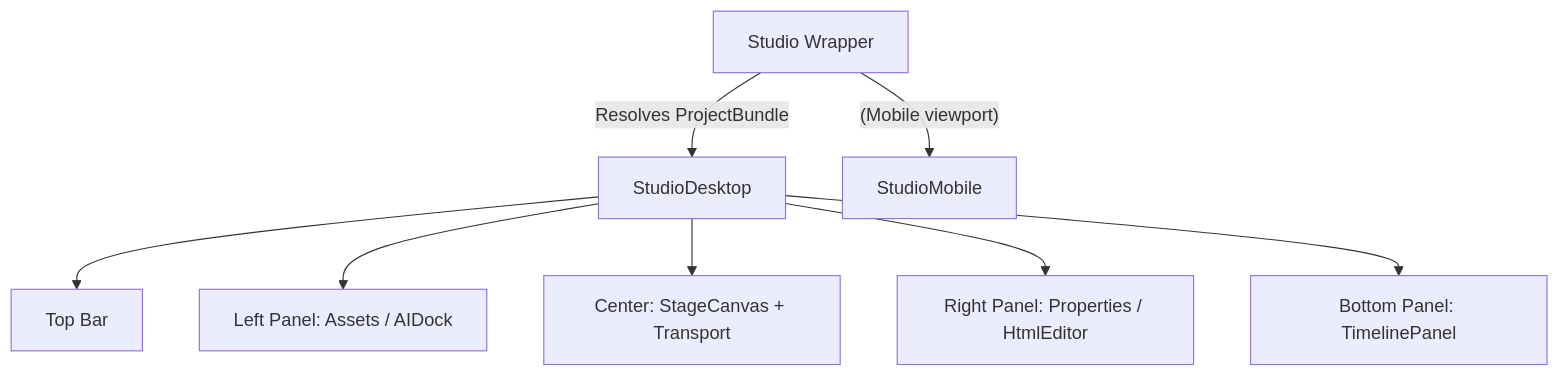
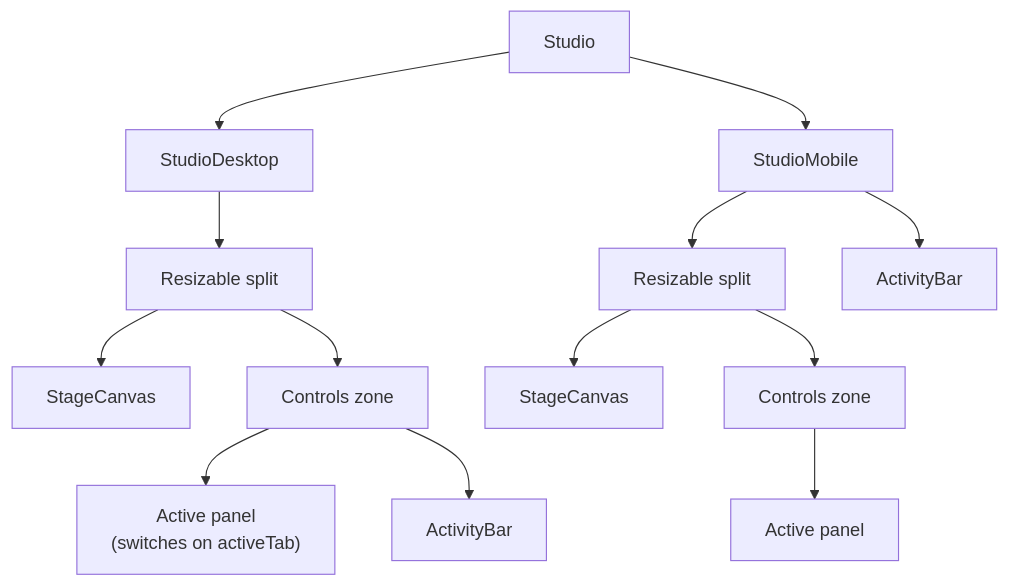
The diagram in docs/web/editor-components.md (quanhua92/openvideokit), drawn with Mermaid before and after one commit. The commit also changed other lines of this file and 1 other file, not shown here.

First line of the commit message:
docs(web): document panel registry, activity bar, and ProjectPanel

````diff
--- a/docs/web/editor-components.md
+++ b/docs/web/editor-components.md
@@ -7,12 +7,17 @@
 ```mermaid
 graph TD
-    Root[Studio Wrapper]
-    Root -- "Resolves ProjectBundle" --> Desktop[StudioDesktop]
-    Root -- "(Mobile viewport)" --> Mobile[StudioMobile]
-    
-    Desktop --> Header[Top Bar]
-    Desktop --> Left[Left Panel: Assets / AIDock]
-    Desktop --> Center[Center: StageCanvas + Transport]
-    Desktop --> Right[Right Panel: Properties / HtmlEditor]
-    Desktop --> Bottom[Bottom Panel: TimelinePanel]
+    Studio --> Desktop[StudioDesktop]
+    Studio --> Mobile[StudioMobile]
+
+    Desktop --> DSplit["Resizable split"]
+    DSplit --> DStage[StageCanvas]
+    DSplit --> DControls["Controls zone"]
+    DControls --> DActive["Active panel<br/>(switches on activeTab)"]
+    DControls --> DBar[ActivityBar]
+
+    Mobile --> MSplit["Resizable split"]
+    MSplit --> MStage[StageCanvas]
+    MSplit --> MControls["Controls zone"]
+    MControls --> MActive["Active panel"]
+    Mobile --> MBar[ActivityBar]
 ```
````
